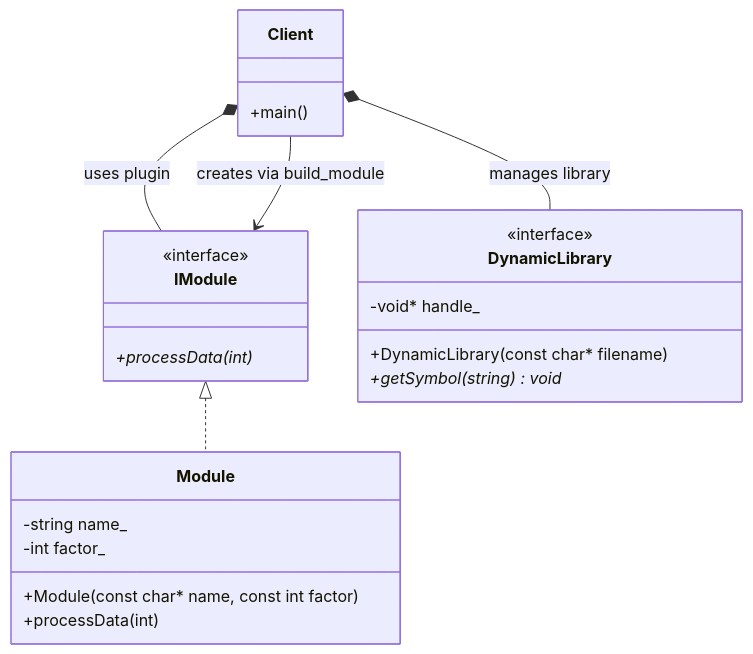
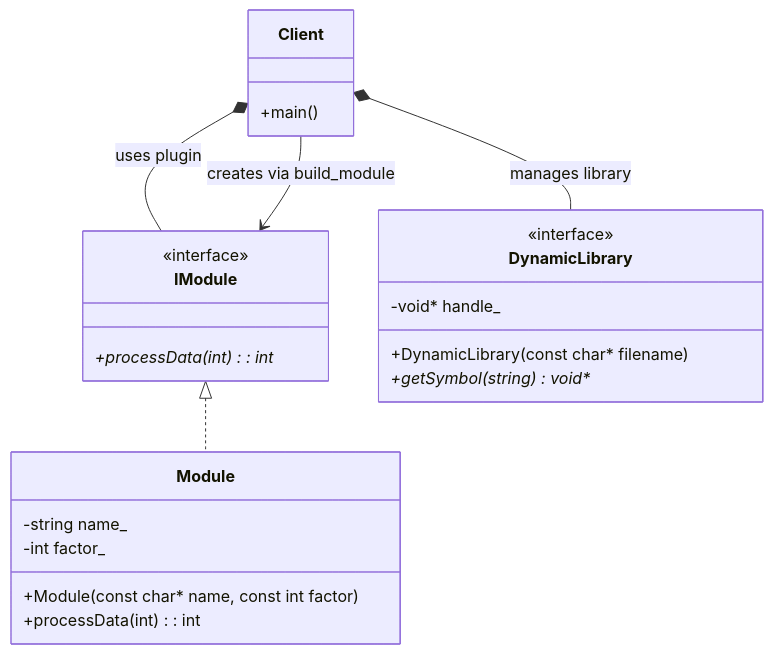
Before and after one commit to Cichlidfishexigency721/Modern-CPP-Design-Patterns: the diagram in 17_ModuleLoader/README.md, drawn with Mermaid. The commit also changed 1 other file, not shown here.

Commit message:
UML improvement

````diff
--- a/17_ModuleLoader/README.md
+++ b/17_ModuleLoader/README.md
@@ -113,37 +113,37 @@
 ```mermaid
 classDiagram
    class Client {
       +main()
    }
 
    class IModule {
       <<interface>>
-      +processData(int)*
+      +processData(int) : int*
    }
 
    class Module {
       -string name_
       -int factor_
       +Module(const char* name, const int factor)
-      +processData(int)
+      +processData(int) : int
    }
 
    class DynamicLibrary {
       <<interface>>
       -void* handle_
       +DynamicLibrary(const char* filename)
-      +getSymbol(string) void*
+      +getSymbol(string) void**
    }
 
    %% Inheritance (Implements)
    IModule <|.. Module
 
    %% The Client owns the RAII wrapper for the library
    Client *-- DynamicLibrary : manages library
 
    %% The Client owns the module instance via unique_ptr
    Client *-- IModule : uses plugin
 
    %% The Client depends on the factory functions exported by the .so
    Client --> IModule : creates via build_module
 ```
````
